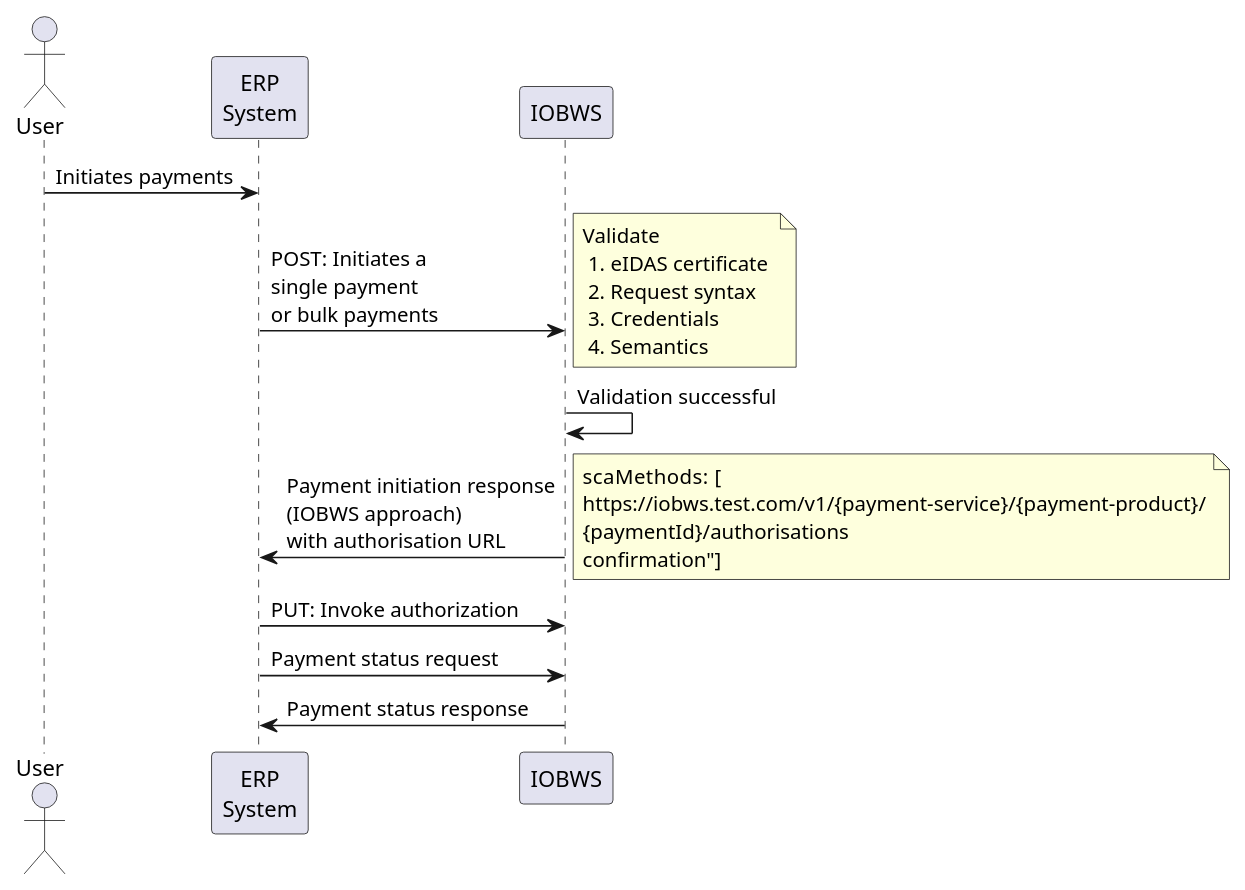
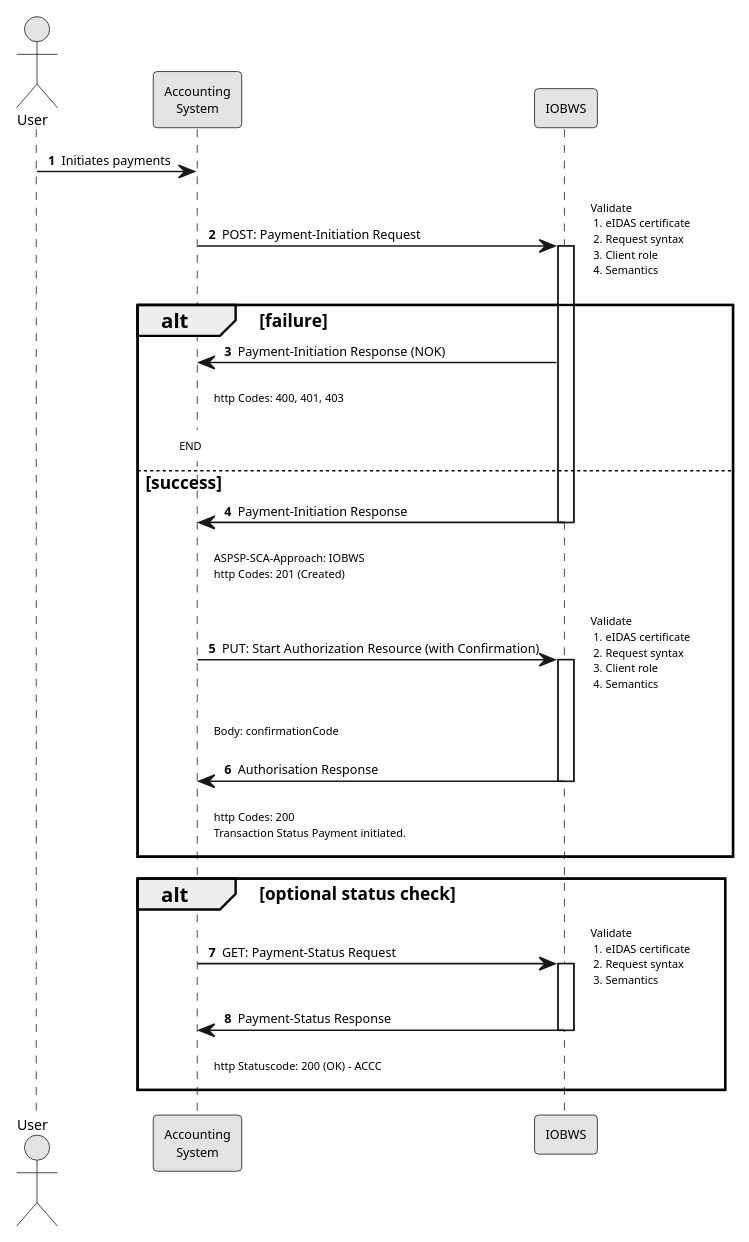
Before and after one commit to stadlar/IST-FUT-FMTH: the diagram in Vinnusvæði/Verkþáttur 5/310and313media/AuthFlow1.plantuml, drawn with PlantUML. The commit also changed 1 other file, not shown here.

Commit message:
Update flow diagram

```diff
--- a/Vinnusvæði/Verkþáttur 5/310and313media/AuthFlow1.plantuml
+++ b/Vinnusvæði/Verkþáttur 5/310and313media/AuthFlow1.plantuml
@@ -1,16 +1,67 @@
 @startuml
 
+skinparam monochrome true
+
+<style>
+note {
+    fontsize 7
+    backgroundcolor white
+    shadowing 0
+    linecolor transparent
+}
+</style>
+skinparam sequence {
+
+ParticipantFontName Arial
+ParticipantFontSize 8
+ArrowFontName Arial
+ArrowFontSize 8
+SequenceDividerFontName Arial
+SequenceDividerFontSize 8
+SequenceBoxFontName Arial
+SequenceBoxFontSize 8
+SequenceGroupFontName Arial
+SequenceGroupFontSize 8
+
+ActorFontSize 9
+ActorFontName Arial
+NoteFontName Arial
+}
+autonumber
+
 actor User
-participant "ERP\nSystem" as ERP
+participant "Accounting\nSystem" as ERP
 
 User -> ERP: Initiates payments
-ERP -> IOBWS: POST: Initiates a\nsingle payment\nor bulk payments
-note right: Validate \n 1. eIDAS certificate \n 2. Request syntax \n 3. Credentials \n 4. Semantics
-IOBWS -> IOBWS: Validation successful
-ERP <- IOBWS: Payment initiation response\n(IOBWS approach)\nwith authorisation URL
-note right: scaMethods:  [\nhttps://iobws.test.com/v1/{payment-service}/{payment-product}/\n{paymentId}/authorisations\nconfirmation"]
-ERP -> IOBWS: PUT: Invoke authorization
-ERP -> IOBWS: Payment status request
-ERP <- IOBWS: Payment status response
-
+ERP -> IOBWS ++ : POST: Payment-Initiation Request
+note right: Validate \n 1. eIDAS certificate \n 2. Request syntax \n 3. Client role \n 4. Semantics
+alt failure
+  ERP <- IOBWS : Payment-Initiation Response (NOK)
+  note right of ERP: http Codes: 400, 401, 403
+  note over ERP: END
+else success
+  ERP <- IOBWS -- : Payment-Initiation Response
+  note right of ERP
+    ASPSP-SCA-Approach: IOBWS
+    http Codes: 201 (Created)
+  endnote
+ERP -> IOBWS ++: PUT: Start Authorization Resource (with Confirmation)
+note right: Validate \n 1. eIDAS certificate \n 2. Request syntax \n 3. Client role \n 4. Semantics
+  note right of ERP
+    Body: confirmationCode
+  endnote
+ERP <- IOBWS --: Authorisation Response
+  note right of ERP
+    http Codes: 200
+    Transaction Status Payment initiated.
+  endnote
+end
+alt optional status check
+ERP -> IOBWS ++: GET: Payment-Status Request
+note right: Validate \n 1. eIDAS certificate \n 2. Request syntax \n 3. Semantics
+ERP <- IOBWS --: Payment-Status Response
+  note right of ERP
+    http Statuscode: 200 (OK) – ACCC
+  endnote
+end
 @enduml
```
